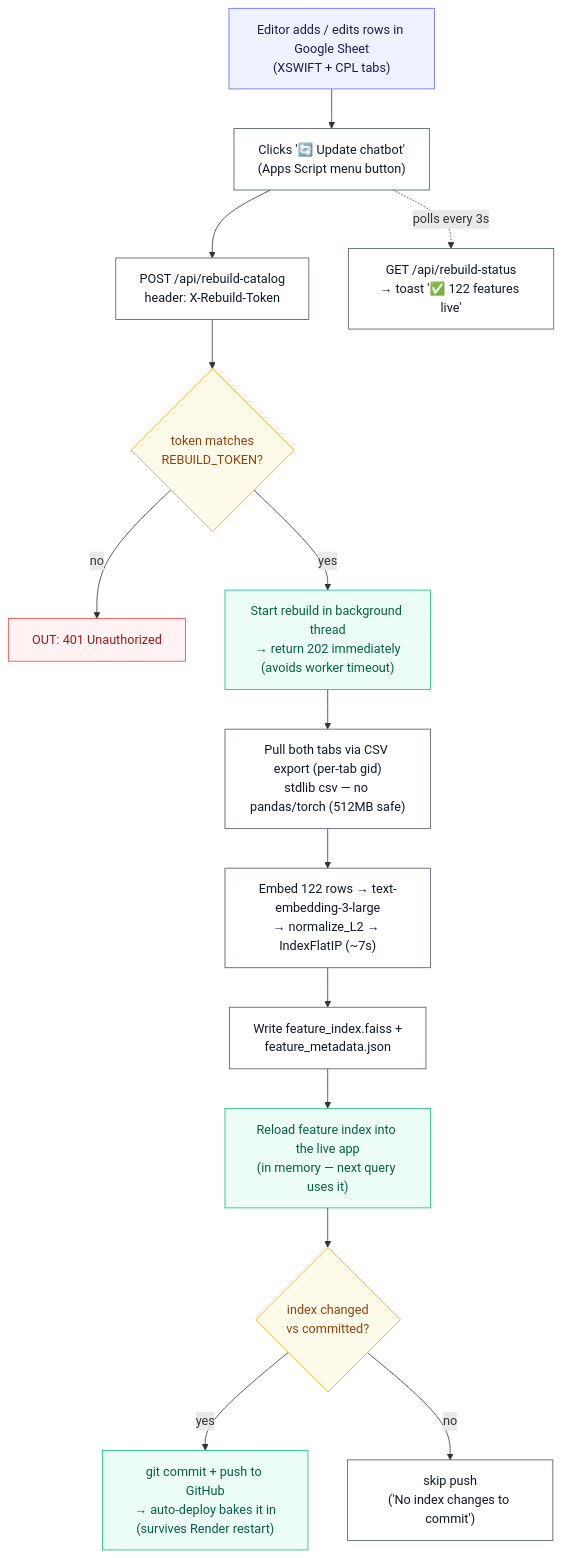
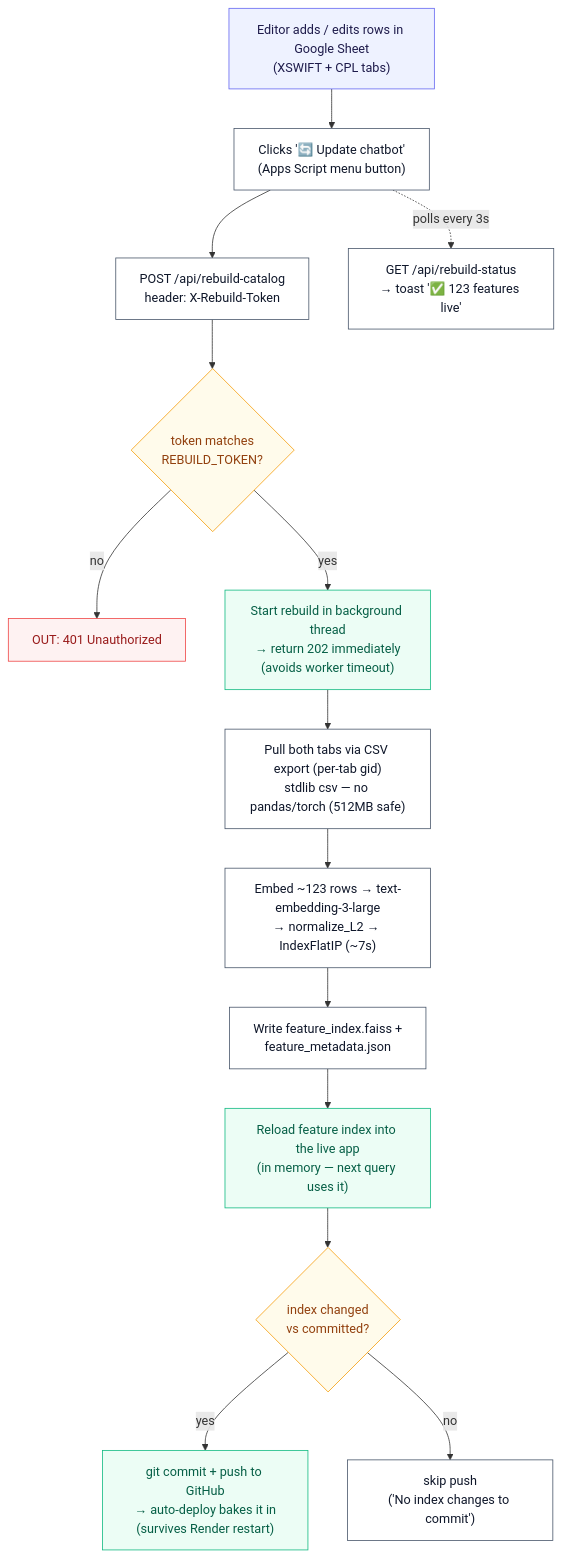
Before and after one commit to dhupack/SolutionsDesk: the second of 4 diagrams in docs/workflow.md, drawn with Mermaid. The commit also changed other lines of this file, not shown here.

````diff
--- a/docs/workflow.md
+++ b/docs/workflow.md
@@ -63,25 +64,25 @@
 ```mermaid
 flowchart TD
     classDef io fill:#eef2ff,stroke:#6366f1,color:#1e1b4b;
     classDef proc fill:#ffffff,stroke:#475569,color:#0f172a;
     classDef case fill:#fffbeb,stroke:#f59e0b,color:#92400e;
     classDef out fill:#ecfdf5,stroke:#10b981,color:#065f46;
     classDef err fill:#fef2f2,stroke:#ef4444,color:#991b1b;
 
     G["Editor adds / edits rows in Google Sheet<br/>(XSWIFT + CPL tabs)"]:::io
     G --> BTN["Clicks '🔄 Update chatbot'<br/>(Apps Script menu button)"]:::proc
     BTN --> POST["POST /api/rebuild-catalog<br/>header: X-Rebuild-Token"]:::proc
     POST --> AUTH{"token matches<br/>REBUILD_TOKEN?"}:::case
     AUTH -->|no| E401["OUT: 401 Unauthorized"]:::err
     AUTH -->|yes| BG["Start rebuild in background thread<br/>→ return 202 immediately<br/>(avoids worker timeout)"]:::out
 
     BG --> PULL["Pull both tabs via CSV export (per-tab gid)<br/>stdlib csv — no pandas/torch (512MB safe)"]:::proc
-    PULL --> EMB["Embed 122 rows → text-embedding-3-large<br/>→ normalize_L2 → IndexFlatIP (~7s)"]:::proc
+    PULL --> EMB["Embed ~123 rows → text-embedding-3-large<br/>→ normalize_L2 → IndexFlatIP (~7s)"]:::proc
     EMB --> SAVE["Write feature_index.faiss +<br/>feature_metadata.json"]:::proc
     SAVE --> SWAP["Reload feature index into the live app<br/>(in memory — next query uses it)"]:::out
     SWAP --> GIT{"index changed<br/>vs committed?"}:::case
     GIT -->|yes| PUSH["git commit + push to GitHub<br/>→ auto-deploy bakes it in<br/>(survives Render restart)"]:::out
     GIT -->|no| NOOP["skip push<br/>('No index changes to commit')"]:::proc
 
-    BTN -.->|"polls every 3s"| STAT["GET /api/rebuild-status<br/>→ toast '✅ 122 features live'"]:::proc
+    BTN -.->|"polls every 3s"| STAT["GET /api/rebuild-status<br/>→ toast '✅ 123 features live'"]:::proc
 ```
````
